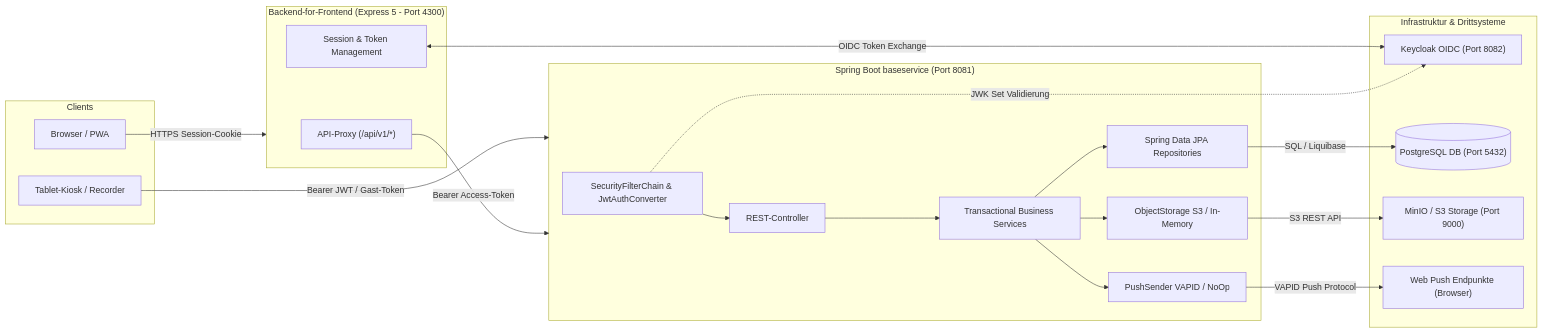
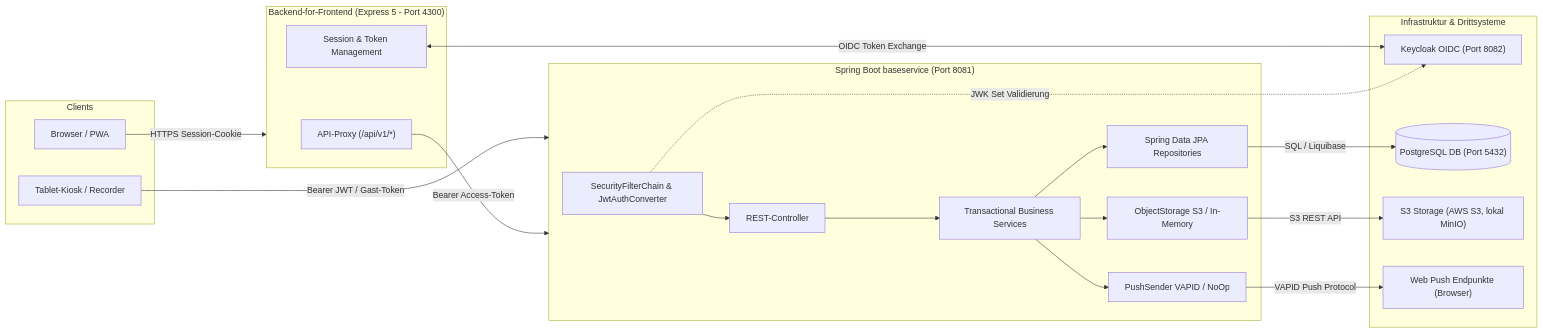
The second of 2 diagrams in docs/baseservice/README.md (damaurer/vereint), drawn with Mermaid before and after one commit. The commit also changed 32 other files, not shown here.

````diff
--- a/docs/baseservice/README.md
+++ b/docs/baseservice/README.md
@@ -35,44 +35,44 @@
 ```mermaid
 graph LR
   subgraph Clients
     Browser[Browser / PWA]
     Tablet[Tablet-Kiosk / Recorder]
   end
 
   subgraph BFF["Backend-for-Frontend (Express 5 - Port 4300)"]
     Proxy["API-Proxy (/api/v1/*)"]
     AuthMW[Session & Token Management]
   end
 
   subgraph BaseService["Spring Boot baseservice (Port 8081)"]
     Sec[SecurityFilterChain & JwtAuthConverter]
     Rest[REST-Controller]
     Svc[Transactional Business Services]
     Repo[Spring Data JPA Repositories]
     Storage[ObjectStorage S3 / In-Memory]
     Push[PushSender VAPID / NoOp]
   end
 
   subgraph Infra["Infrastruktur & Drittsysteme"]
     Keycloak["Keycloak OIDC (Port 8082)"]
     Postgres[("PostgreSQL DB (Port 5432)")]
-    MinIO["MinIO / S3 Storage (Port 9000)"]
+    MinIO["S3 Storage (AWS S3, lokal MinIO)"]
     WebPush["Web Push Endpunkte (Browser)"]
   end
 
   Browser -->|HTTPS Session-Cookie| BFF
   Tablet -->|Bearer JWT / Gast-Token| BaseService
   Proxy -->|Bearer Access-Token| BaseService
   AuthMW <-->|OIDC Token Exchange| Keycloak
 
   Sec --> Rest
   Rest --> Svc
   Svc --> Repo
   Svc --> Storage
   Svc --> Push
 
   Sec -.->|JWK Set Validierung| Keycloak
   Repo -->|SQL / Liquibase| Postgres
   Storage -->|S3 REST API| MinIO
   Push -->|VAPID Push Protocol| WebPush
 ```
````
